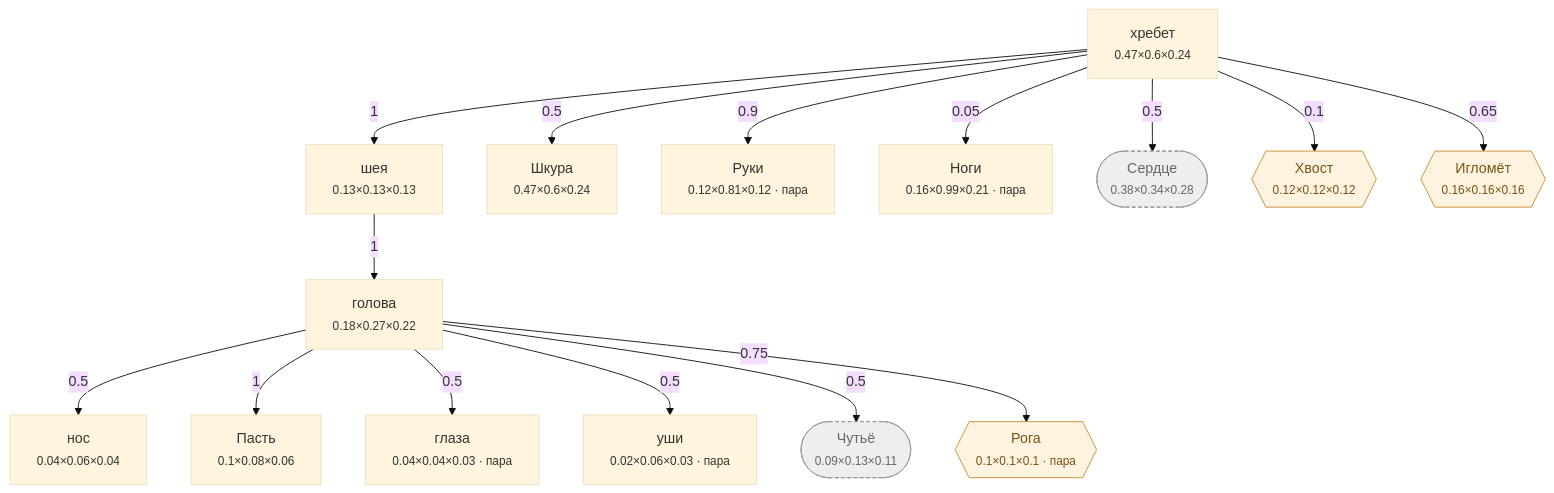
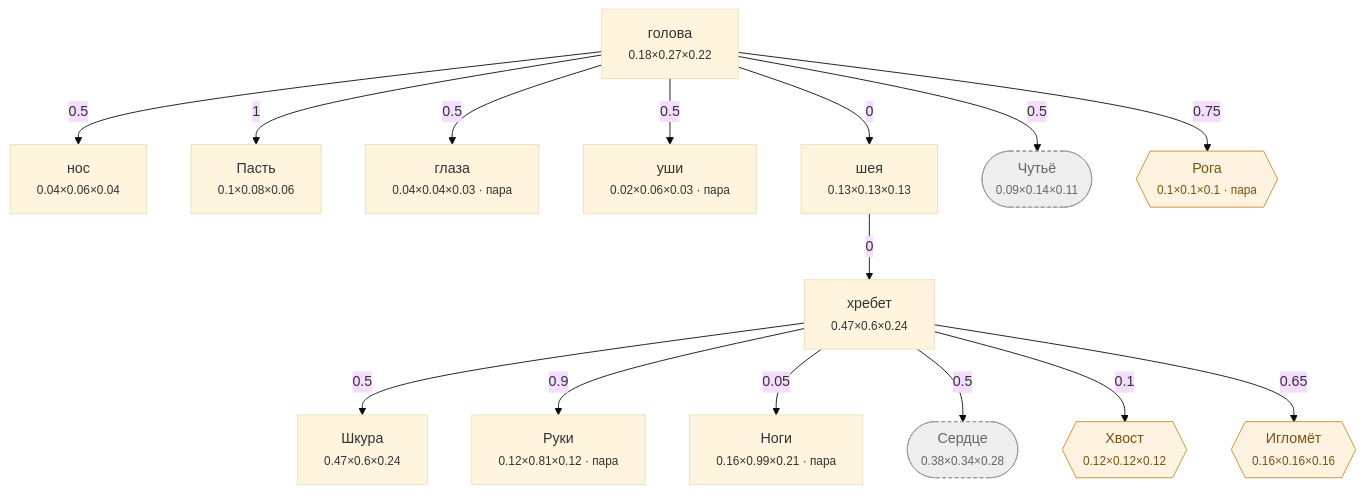
One commit to darklordshish/ChimeraEvolution-2026-06-26_15-29-59 changed the diagram in Docs/Диаграммы/Человек.md. Above: the diagram before and after it, drawn with Mermaid (base theme). The commit also changed other lines of this file and 5 other files, not shown here.

````diff
--- a/Docs/Диаграммы/Человек.md
+++ b/Docs/Диаграммы/Человек.md
@@ -23,39 +23,39 @@
 ```mermaid
 flowchart TD
     n0["хребет<br/><small>0.47×0.6×0.24</small>"]
     n1["нос<br/><small>0.04×0.06×0.04</small>"]
     n2["голова<br/><small>0.18×0.27×0.22</small>"]
     n3["Пасть<br/><small>0.1×0.08×0.06</small>"]
     n4["глаза<br/><small>0.04×0.04×0.03 · пара</small>"]
     n5["уши<br/><small>0.02×0.06×0.03 · пара</small>"]
     n6["шея<br/><small>0.13×0.13×0.13</small>"]
     n7["Шкура<br/><small>0.47×0.6×0.24</small>"]
     n8["Руки<br/><small>0.12×0.81×0.12 · пара</small>"]
     n9["Ноги<br/><small>0.16×0.99×0.21 · пара</small>"]
     n10(["Сердце<br/><small>0.38×0.34×0.28</small>"])
-    n11(["Чутьё<br/><small>0.09×0.13×0.11</small>"])
+    n11(["Чутьё<br/><small>0.09×0.14×0.11</small>"])
     n12{{"Хвост<br/><small>0.12×0.12×0.12</small>"}}
     n13{{"Рога<br/><small>0.1×0.1×0.1 · пара</small>"}}
     n14{{"Игломёт<br/><small>0.16×0.16×0.16</small>"}}
 
+    n6 -->|0| n0
     n2 -->|0.5| n1
-    n6 -->|1| n2
     n2 -->|1| n3
     n2 -->|0.5| n4
     n2 -->|0.5| n5
-    n0 -->|1| n6
+    n2 -->|0| n6
     n0 -->|0.5| n7
     n0 -->|0.9| n8
     n0 -->|0.05| n9
     n0 -->|0.5| n10
     n2 -->|0.5| n11
     n0 -->|0.1| n12
     n2 -->|0.75| n13
     n0 -->|0.65| n14
 
     classDef hid fill:#eee,stroke:#999,stroke-dasharray:4 3,color:#666
     classDef gr fill:#fdf3e0,stroke:#c98a2b,color:#7a5310
     classDef ch fill:#e8f2ff,stroke:#3b74c4,color:#1c3f70
     class n10,n11 hid
     class n12,n13,n14 gr
 ```
````
